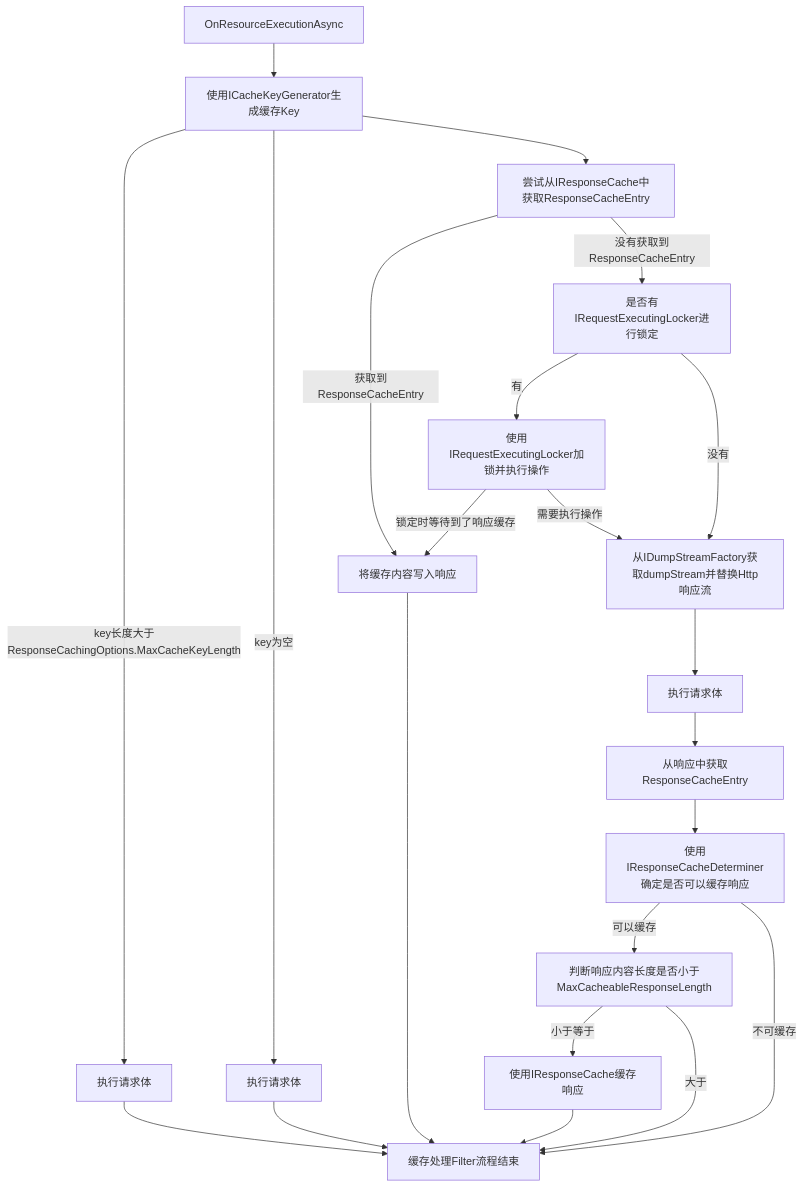
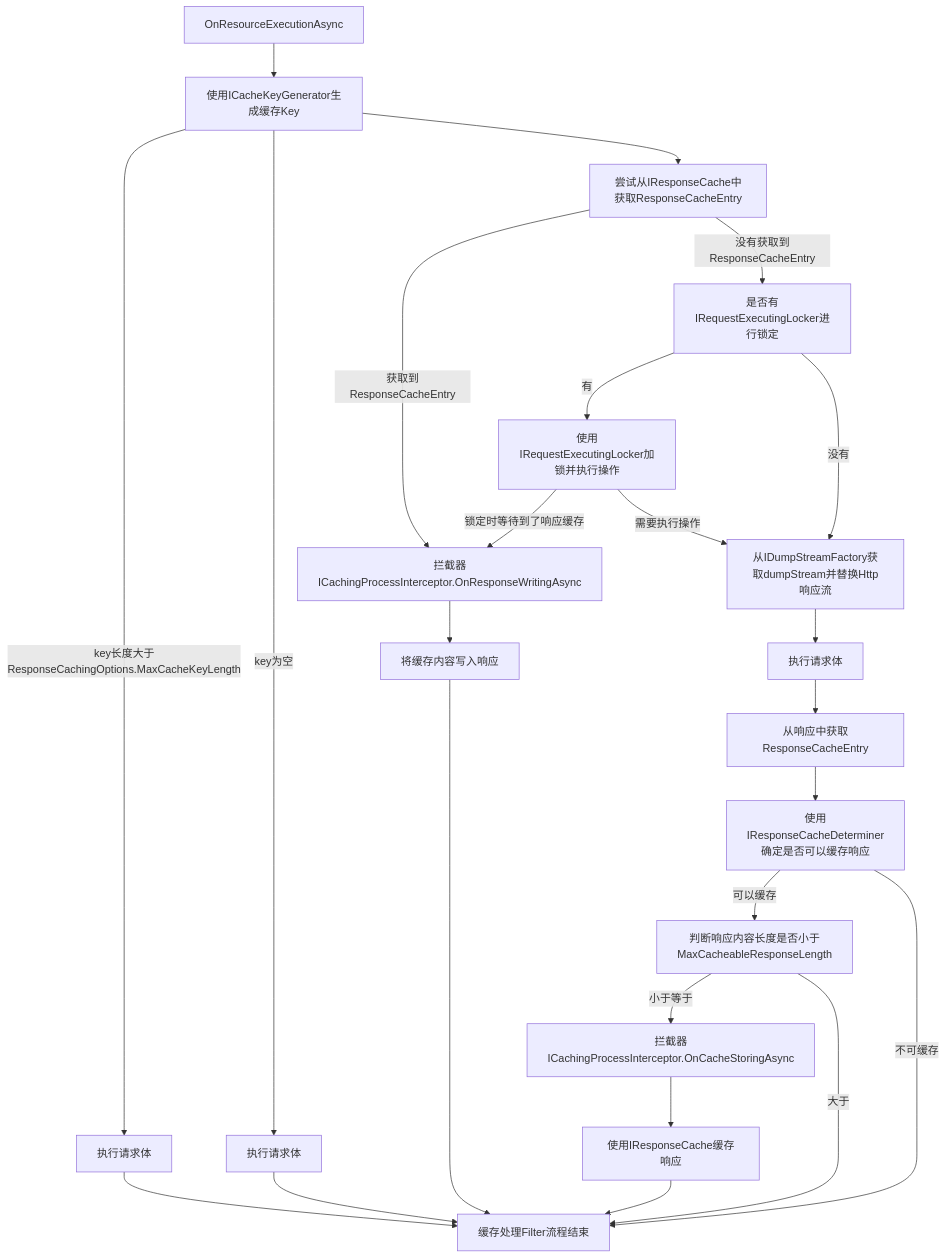
Before and after one commit to stratosblue/Cuture.AspNetCore.ResponseCaching: the sixth of 8 diagrams in flow_of_execution.md, drawn with Mermaid. The commit also changed other lines of this file and 2 other files, not shown here.

Commit message:
调整流程图和文档；

````diff
--- a/flow_of_execution.md
+++ b/flow_of_execution.md
@@ -67,21 +81,22 @@
 ```mermaid
 graph TD 
     PS["OnResourceExecutionAsync"] -->
     P1["使用ICacheKeyGenerator生成缓存Key"]
         P1 --key长度大于ResponseCachingOptions.MaxCacheKeyLength--> P11["执行请求体"] --> PE
         P1 --key为空--> P12["执行请求体"] --> PE
         P1 --> P2
     P2["尝试从IResponseCache中获取ResponseCacheEntry"]
         P2 --获取到ResponseCacheEntry--> P3
         P2 --没有获取到ResponseCacheEntry--> P22["是否有IRequestExecutingLocker进行锁定"]
             P22 --有--> P221["使用IRequestExecutingLocker加锁并执行操作"]
                 P221 --锁定时等待到了响应缓存--> P3
                 P221 --需要执行操作--> P222
             P22 --没有--> P222["从IDumpStreamFactory获取dumpStream并替换Http响应流"] --> P2221["执行请求体"] --> P22211["从响应中获取ResponseCacheEntry"] --> P222111["使用IResponseCacheDeterminer确定是否可以缓存响应"]
                 P222111 --可以缓存--> P2221111["判断响应内容长度是否小于MaxCacheableResponseLength"]
-                    P2221111 --小于等于--> P22211111["使用IResponseCache缓存响应"] -->PE
+                    P2221111 --小于等于--> P22211111["拦截器ICachingProcessInterceptor.OnCacheStoringAsync"] --> P222111111["使用IResponseCache缓存响应"] -->PE
                     P2221111 --大于--> PE
                 P222111 --不可缓存--> PE
-    P3["将缓存内容写入响应"] --> PE
+    P3["拦截器ICachingProcessInterceptor.OnResponseWritingAsync"] -->
+    P4["将缓存内容写入响应"] --> PE
     PE["缓存处理Filter流程结束"]
 ```
````
